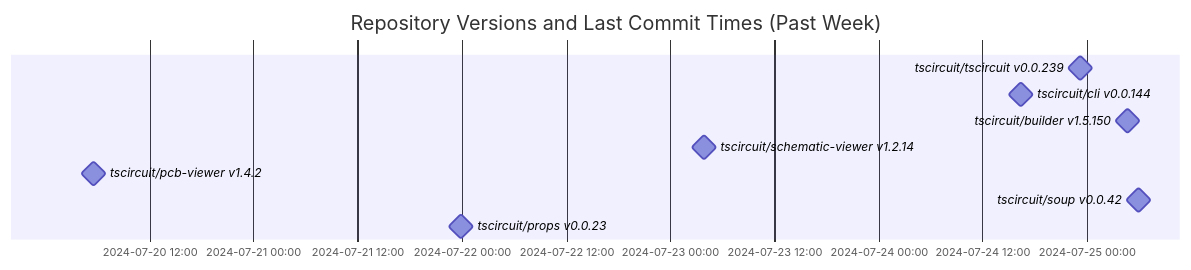
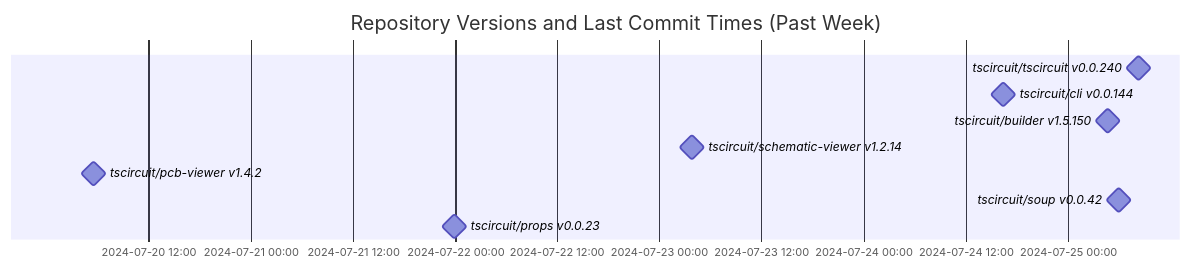
The diagram in README.md (tscircuit/version-tracker), drawn with Mermaid before and after one commit.

Commit message:
Update chart

````diff
--- a/README.md
+++ b/README.md
@@ -1,14 +1,14 @@
 ```mermaid
 gantt
   dateFormat  YYYY-MM-DD HH:mm:ss
   title Repository Versions and Last Commit Times (Past Week)
   axisFormat %Y-%m-%d %H:%M
 
-  tscircuit/tscircuit v0.0.239 : milestone, 2024-07-24 23:11:16, 1s
+  tscircuit/tscircuit v0.0.240 : milestone, 2024-07-25 08:15:50, 1s
   tscircuit/cli v0.0.144 : milestone, 2024-07-24 16:24:13, 1s
   tscircuit/builder v1.5.150 : milestone, 2024-07-25 04:38:28, 1s
   tscircuit/schematic-viewer v1.2.14 : milestone, 2024-07-23 03:50:56, 1s
   tscircuit/pcb-viewer v1.4.2 : milestone, 2024-07-20 05:34:23, 1s
   tscircuit/soup v0.0.42 : milestone, 2024-07-25 05:56:46, 1s
   tscircuit/props v0.0.23 : milestone, 2024-07-21 23:57:13, 1s
 ```
````
